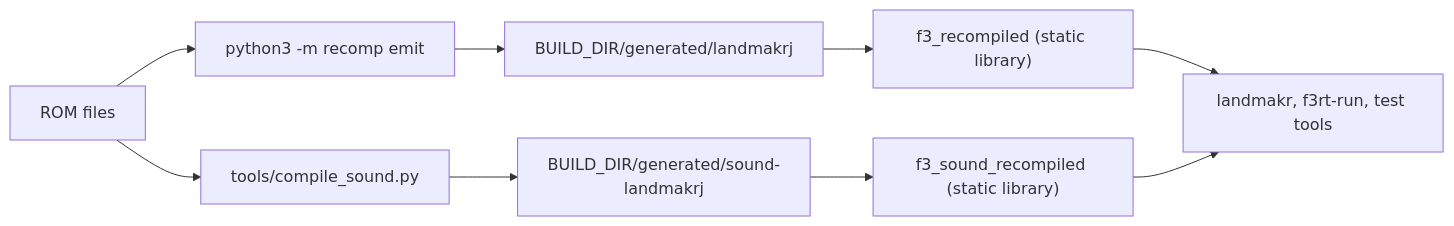
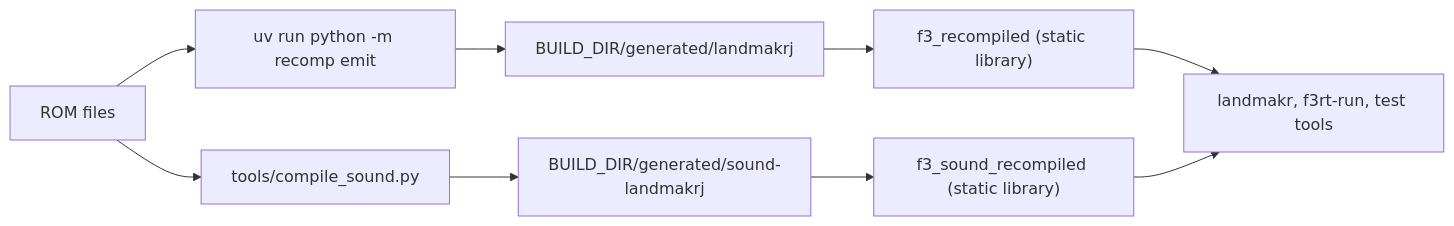
The diagram in docs/site/reference/generated-files.md (ansxor/f3-recomp), drawn with Mermaid before and after one commit. The commit also changed other lines of this file and 319 other files, not shown here.

````diff
--- a/docs/site/reference/generated-files.md
+++ b/docs/site/reference/generated-files.md
@@ -9,11 +9,11 @@
 ```mermaid
 flowchart LR
-    ROM["ROM files"] --> RECOMP["python3 -m recomp emit"]
+    ROM["ROM files"] --> RECOMP["uv run python -m recomp emit"]
     ROM --> SND["tools/compile_sound.py"]
     RECOMP --> G["BUILD_DIR/generated/landmakrj"]
     SND --> S["BUILD_DIR/generated/sound-landmakrj"]
     G --> LIB1["f3_recompiled (static library)"]
     S --> LIB2["f3_sound_recompiled (static library)"]
     LIB1 --> EXE["landmakr, f3rt-run, test tools"]
     LIB2 --> EXE
 ```
````
